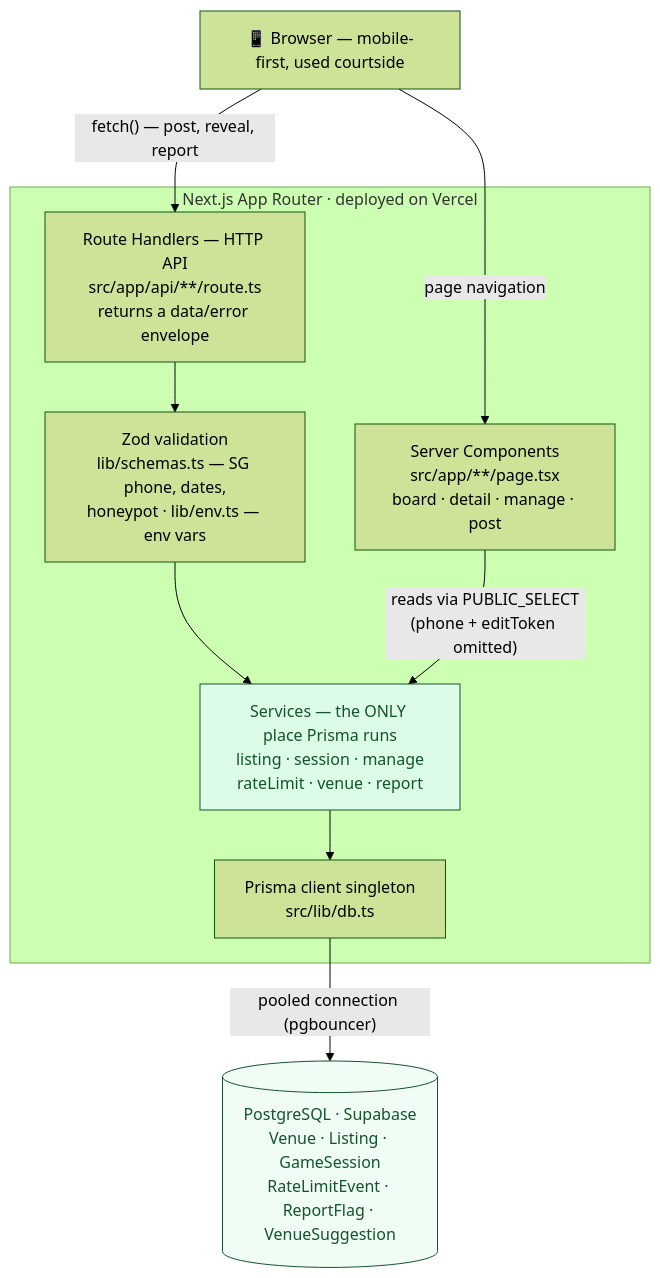
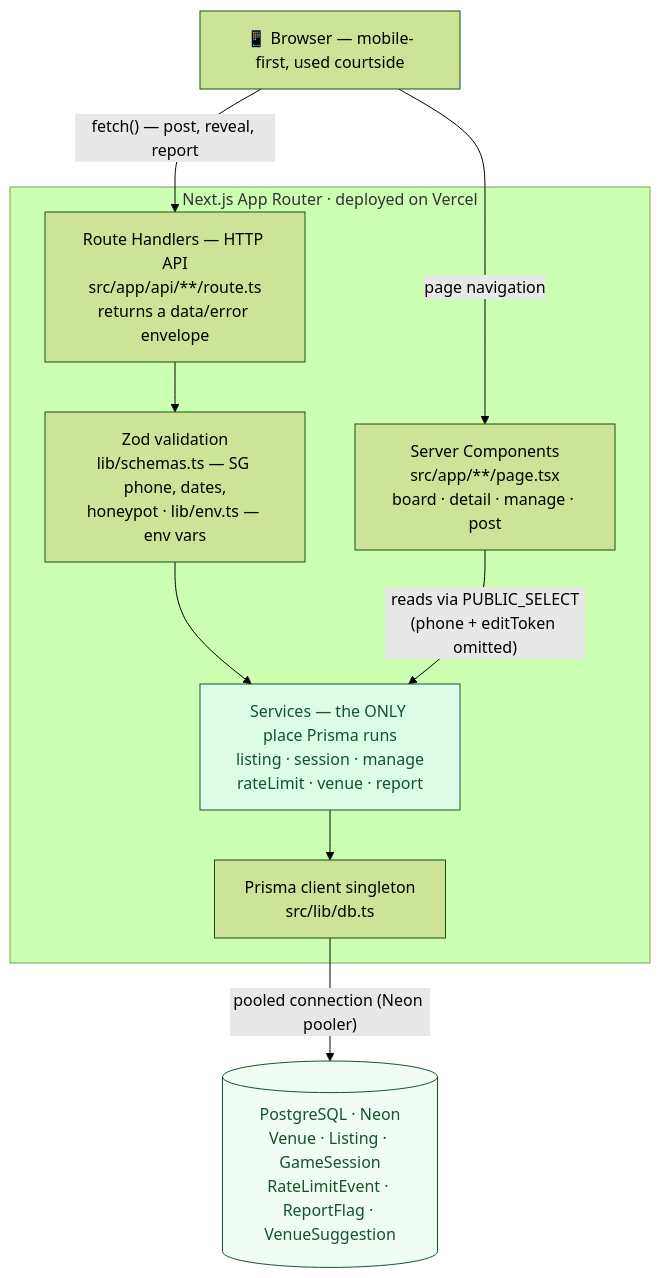
One commit to lcjj346/BadmintonCourts changed the second of 3 diagrams in README.md. Above: the diagram before and after it, drawn with Mermaid (forest theme). The commit also changed other lines of this file and 28 other files, not shown here.

````diff
--- a/README.md
+++ b/README.md
@@ -81,24 +100,24 @@
 ```mermaid
 flowchart TD
     B["📱 Browser — mobile-first, used courtside"]
 
     subgraph vercel ["Next.js App Router · deployed on Vercel"]
         SC["Server Components<br/>src/app/**/page.tsx<br/>board · detail · manage · post"]
         RH["Route Handlers — HTTP API<br/>src/app/api/**/route.ts<br/>returns a data/error envelope"]
         ZOD["Zod validation<br/>lib/schemas.ts — SG phone, dates,<br/>honeypot · lib/env.ts — env vars"]
         SVC["Services — the ONLY place Prisma runs<br/>listing · session · manage<br/>rateLimit · venue · report"]
         PC["Prisma client singleton<br/>src/lib/db.ts"]
     end
 
-    DB[("PostgreSQL · Supabase<br/>Venue · Listing · GameSession<br/>RateLimitEvent · ReportFlag · VenueSuggestion")]
+    DB[("PostgreSQL · Neon<br/>Venue · Listing · GameSession<br/>RateLimitEvent · ReportFlag · VenueSuggestion")]
 
     B -->|"page navigation"| SC
     B -->|"fetch() — post, reveal, report"| RH
     RH --> ZOD --> SVC
     SC -->|"reads via PUBLIC_SELECT<br/>(phone + editToken omitted)"| SVC
     SVC --> PC
-    PC -->|"pooled connection (pgbouncer)"| DB
+    PC -->|"pooled connection (Neon pooler)"| DB
 
     style SVC fill:#dcfce7,stroke:#14532d,color:#14532d
     style DB fill:#f0fdf4,stroke:#14532d,color:#14532d
 ```
````
